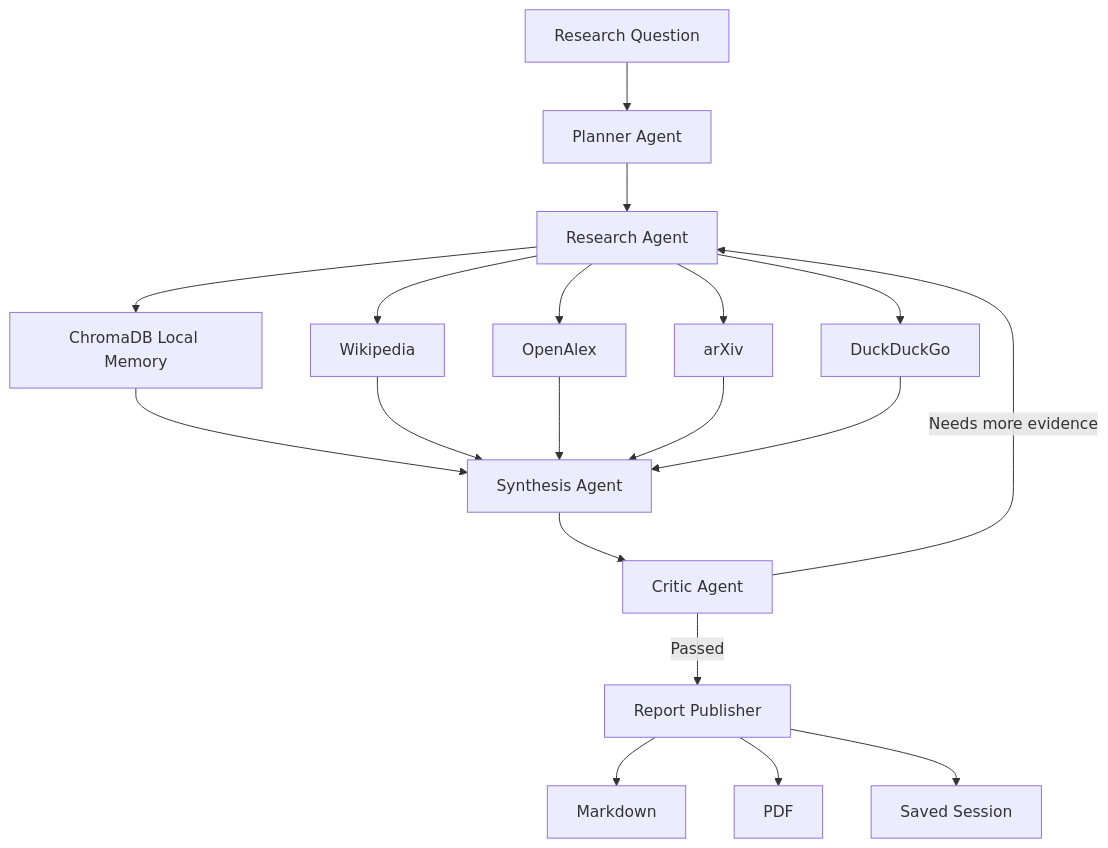
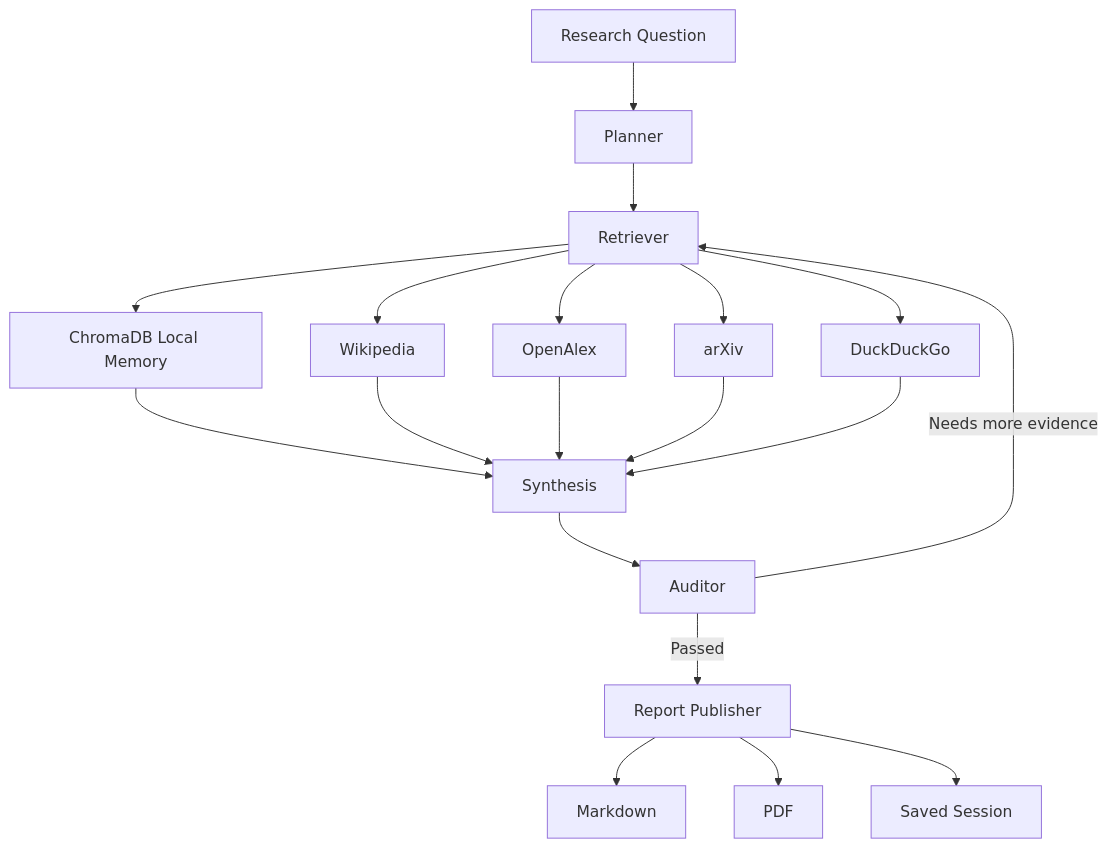
Before and after one commit to SWARAJCHATTARAJ/ARIA: the diagram in README.md, drawn with Mermaid. The commit also changed other lines of this file and 5 other files, not shown here.

Commit message:
Implement interactive evidence network graph and custom research planner

````diff
--- a/README.md
+++ b/README.md
@@ -75,25 +75,25 @@
 ```mermaid
 graph TD
-    User[Research Question] --> Planner[Planner Agent]
-    Planner --> Retriever[Research Agent]
+    User[Research Question] --> Planner[Planner]
+    Planner --> Retriever[Retriever]
 
     Retriever --> Local[ChromaDB Local Memory]
     Retriever --> Wiki[Wikipedia]
     Retriever --> OpenAlex[OpenAlex]
     Retriever --> Arxiv[arXiv]
     Retriever --> DDG[DuckDuckGo]
 
-    Local --> Synth[Synthesis Agent]
+    Local --> Synth[Synthesis]
     Wiki --> Synth
     OpenAlex --> Synth
     Arxiv --> Synth
     DDG --> Synth
 
-    Synth --> Critic[Critic Agent]
+    Synth --> Critic[Auditor]
     Critic -->|Needs more evidence| Retriever
     Critic -->|Passed| Publisher[Report Publisher]
 
     Publisher --> Markdown[Markdown]
     Publisher --> PDF[PDF]
     Publisher --> History[Saved Session]
 ```
````
